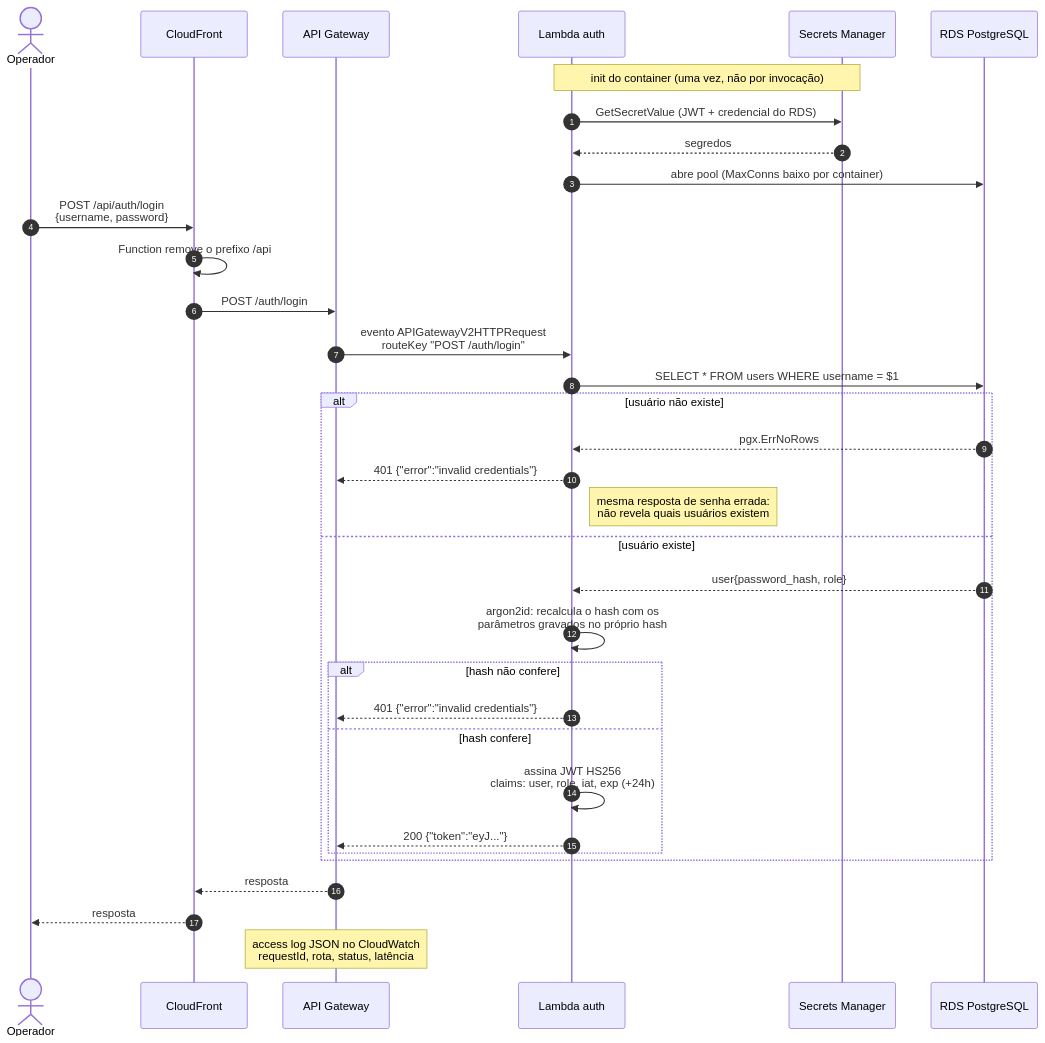
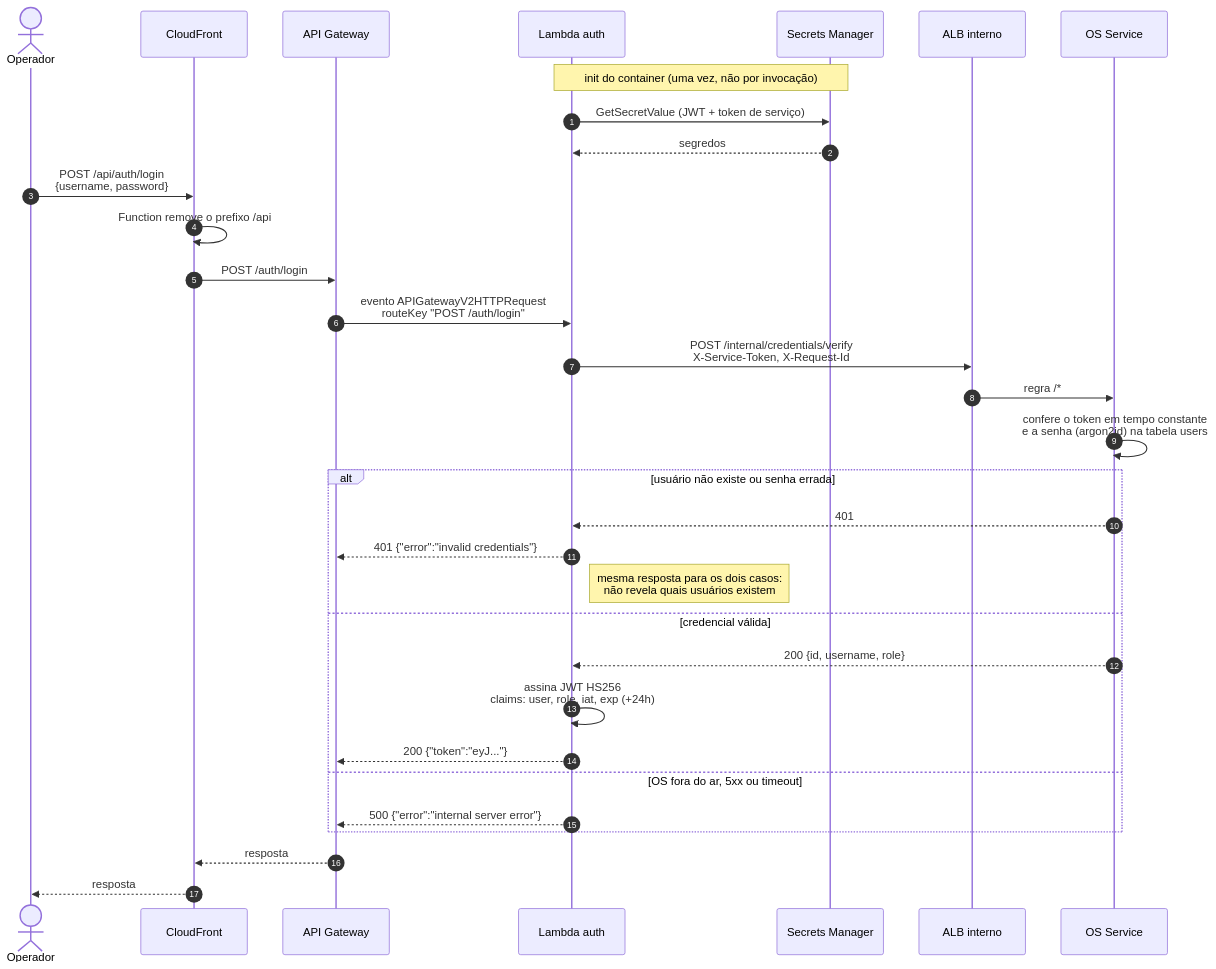
Before and after one commit to SOAT-15-Oficina/oficina-mecanica-infrastructure: the first of 2 diagrams in docs/diagramas/sequencia-autenticacao.md, drawn with Mermaid. The commit also changed other lines of this file and 4 other files, not shown here.

First line of the commit message:
Atualiza README e diagramas para a plataforma da Fase 4

````diff
--- a/docs/diagramas/sequencia-autenticacao.md
+++ b/docs/diagramas/sequencia-autenticacao.md
@@ -13,39 +15,37 @@
 ```mermaid
 sequenceDiagram
     autonumber
     actor OP as Operador
     participant CF as CloudFront
     participant GW as API Gateway
     participant L as Lambda auth
     participant SM as Secrets Manager
-    participant DB as RDS PostgreSQL
+    participant ALB as ALB interno
+    participant OS as OS Service
 
     Note over L,SM: init do container (uma vez, não por invocação)
-    L->>SM: GetSecretValue (JWT + credencial do RDS)
+    L->>SM: GetSecretValue (JWT + token de serviço)
     SM-->>L: segredos
-    L->>DB: abre pool (MaxConns baixo por container)
 
     OP->>CF: POST /api/auth/login<br/>{username, password}
     CF->>CF: Function remove o prefixo /api
     CF->>GW: POST /auth/login
     GW->>L: evento APIGatewayV2HTTPRequest<br/>routeKey "POST /auth/login"
 
-    L->>DB: SELECT * FROM users WHERE username = $1
-    alt usuário não existe
-        DB-->>L: pgx.ErrNoRows
+    L->>ALB: POST /internal/credentials/verify<br/>X-Service-Token, X-Request-Id
+    ALB->>OS: regra /*
+    OS->>OS: confere o token em tempo constante<br/>e a senha (argon2id) na tabela users
+    alt usuário não existe ou senha errada
+        OS-->>L: 401
         L-->>GW: 401 {"error":"invalid credentials"}
-        Note right of L: mesma resposta de senha errada:<br/>não revela quais usuários existem
-    else usuário existe
-        DB-->>L: user{password_hash, role}
-        L->>L: argon2id: recalcula o hash com os<br/>parâmetros gravados no próprio hash
-        alt hash não confere
-            L-->>GW: 401 {"error":"invalid credentials"}
-        else hash confere
-            L->>L: assina JWT HS256<br/>claims: user, role, iat, exp (+24h)
-            L-->>GW: 200 {"token":"eyJ..."}
-        end
+        Note right of L: mesma resposta para os dois casos:<br/>não revela quais usuários existem
+    else credencial válida
+        OS-->>L: 200 {id, username, role}
+        L->>L: assina JWT HS256<br/>claims: user, role, iat, exp (+24h)
+        L-->>GW: 200 {"token":"eyJ..."}
+    else OS fora do ar, 5xx ou timeout
+        L-->>GW: 500 {"error":"internal server error"}
     end
     GW-->>CF: resposta
     CF-->>OP: resposta
-    Note over GW: access log JSON no CloudWatch<br/>requestId, rota, status, latência
 ```
````
